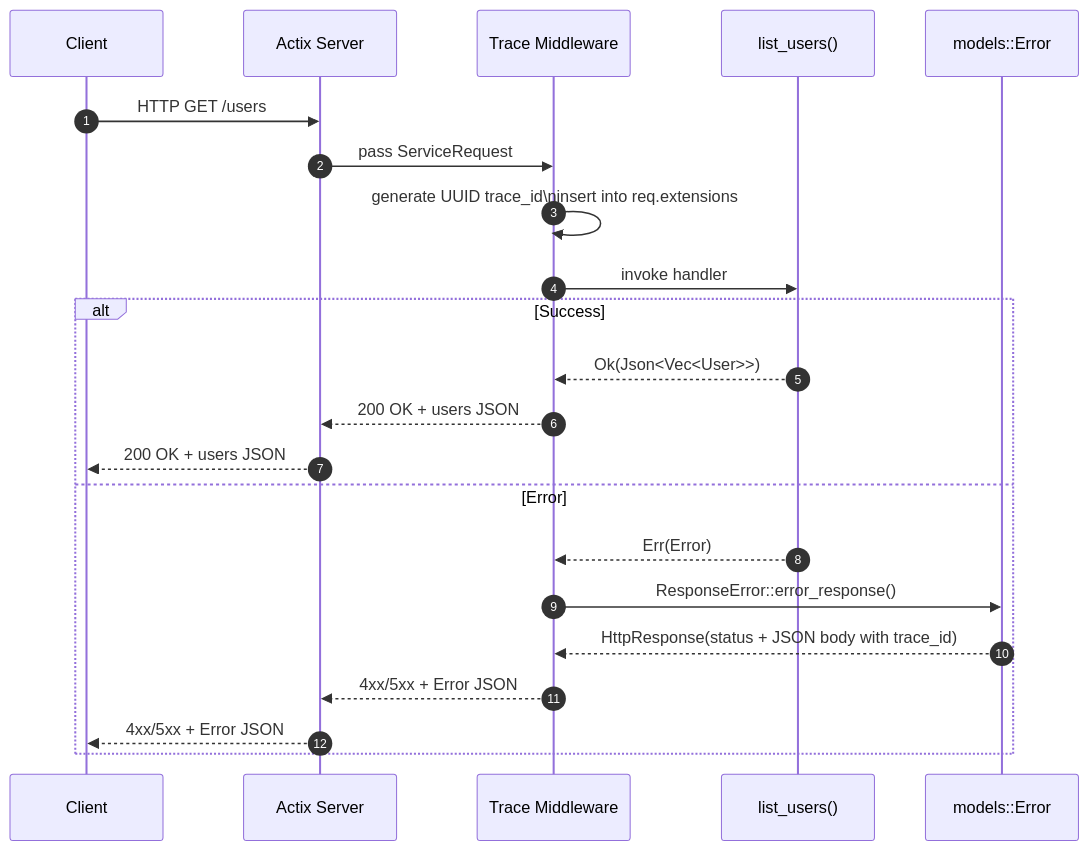
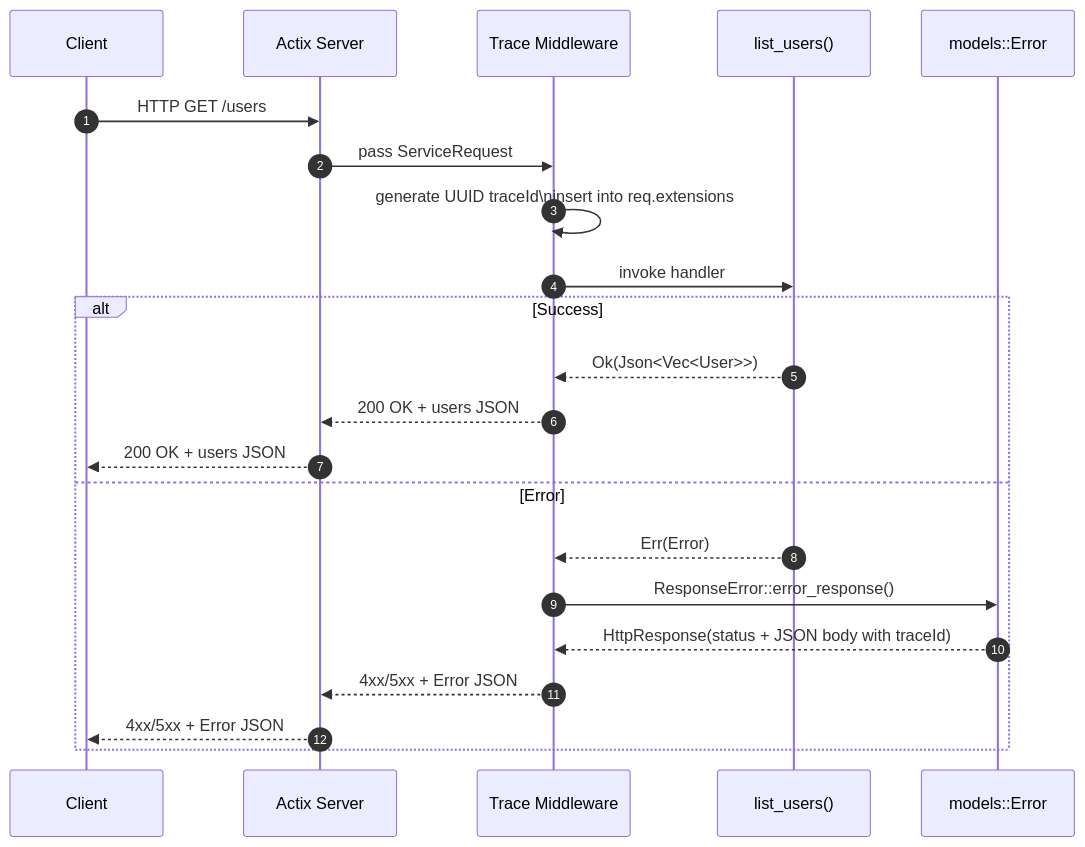
The third of 6 diagrams in docs/wildside-backend-design.md (leynos/wildside), drawn with Mermaid before and after one commit. The commit also changed other lines of this file and 11 other files, not shown here.

````diff
--- a/docs/wildside-backend-design.md
+++ b/docs/wildside-backend-design.md
@@ -248,25 +248,25 @@
 ```mermaid
 sequenceDiagram
   autonumber
   participant Client
   participant Actix as Actix Server
   participant TraceMW as Trace Middleware
   participant Handler as list_users()
   participant ErrorModel as models::Error
 
   Client->>Actix: HTTP GET /users
   Actix->>TraceMW: pass ServiceRequest
-  TraceMW->>TraceMW: generate UUID trace_id\ninsert into req.extensions
+  TraceMW->>TraceMW: generate UUID traceId\ninsert into req.extensions
   TraceMW->>Handler: invoke handler
   alt Success
     Handler-->>TraceMW: Ok(Json<Vec<User>>)
     TraceMW-->>Actix: 200 OK + users JSON
     Actix-->>Client: 200 OK + users JSON
   else Error
     Handler-->>TraceMW: Err(Error)
     TraceMW->>ErrorModel: ResponseError::error_response()
-    ErrorModel-->>TraceMW: HttpResponse(status + JSON body with trace_id)
+    ErrorModel-->>TraceMW: HttpResponse(status + JSON body with traceId)
     TraceMW-->>Actix: 4xx/5xx + Error JSON
     Actix-->>Client: 4xx/5xx + Error JSON
   end
 ```
````
